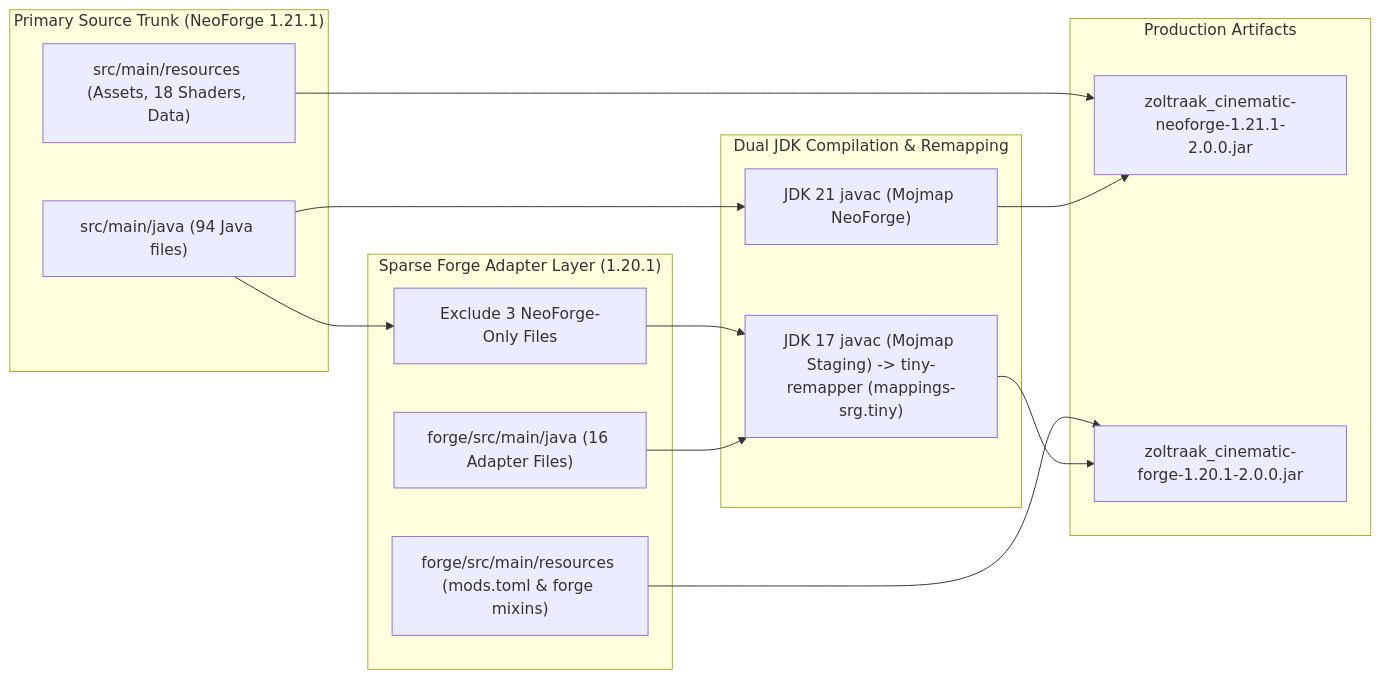
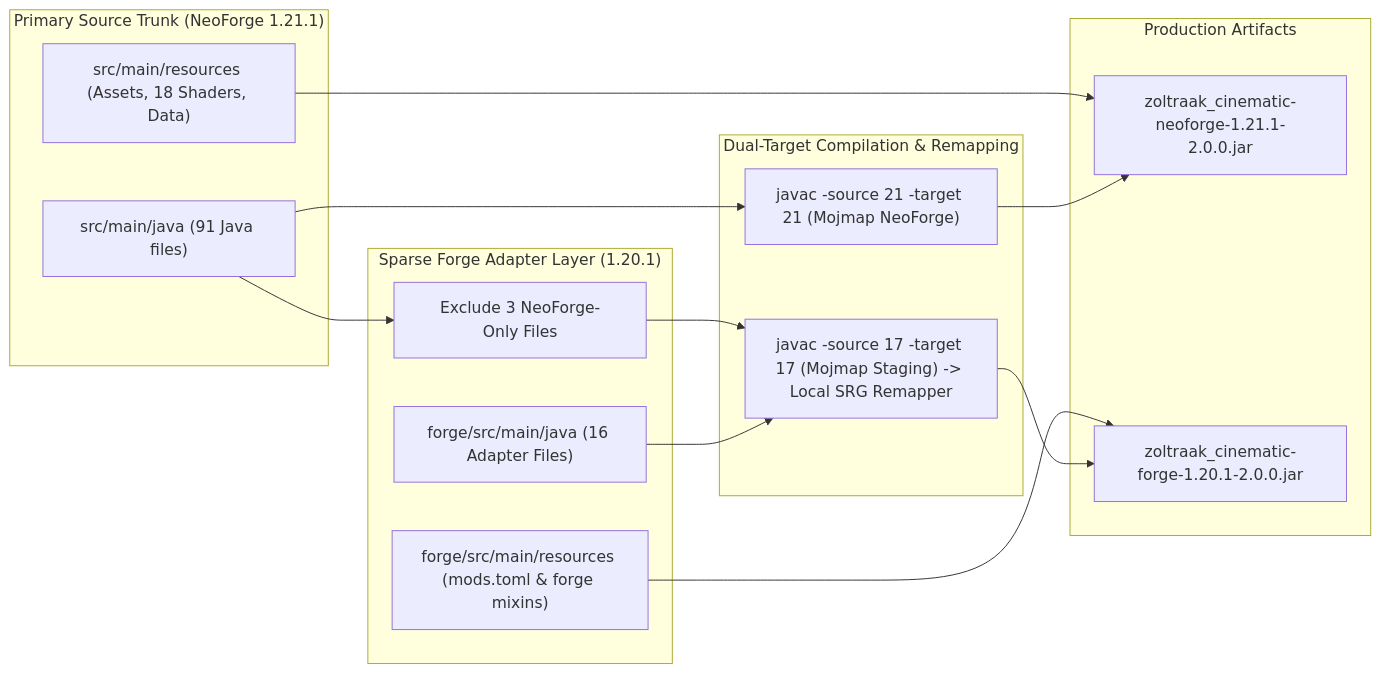
One commit to ling-gwdgw2/Frieren-Flight changed the second of 3 diagrams in ARCHITECTURE.md. Above: the diagram before and after it, drawn with Mermaid. The commit also changed other lines of this file and 1 other file, not shown here.

Commit message:
Docs: clarify third-party scope in LICENSE and update ARCHITECTURE.md

````diff
--- a/ARCHITECTURE.md
+++ b/ARCHITECTURE.md
@@ -108,33 +108,33 @@
 ```mermaid
 flowchart LR
     subgraph Trunk ["Primary Source Trunk (NeoForge 1.21.1)"]
-        NF_Src["src/main/java (94 Java files)"]
+        NF_Src["src/main/java (91 Java files)"]
         NF_Res["src/main/resources (Assets, 18 Shaders, Data)"]
     end
 
     subgraph Forge_Overlay ["Sparse Forge Adapter Layer (1.20.1)"]
         FG_Exclude["Exclude 3 NeoForge-Only Files"]
         FG_Src["forge/src/main/java (16 Adapter Files)"]
         FG_Res["forge/src/main/resources (mods.toml & forge mixins)"]
     end
 
-    subgraph Compilers ["Dual JDK Compilation & Remapping"]
-        JDK21["JDK 21 javac (Mojmap NeoForge)"]
-        JDK17["JDK 17 javac (Mojmap Staging) -> tiny-remapper (mappings-srg.tiny)"]
+    subgraph Compilers ["Dual-Target Compilation & Remapping"]
+        JDK21["javac -source 21 -target 21 (Mojmap NeoForge)"]
+        JDK17["javac -source 17 -target 17 (Mojmap Staging) -> Local SRG Remapper"]
     end
 
     subgraph Targets ["Production Artifacts"]
         NF_Jar["zoltraak_cinematic-neoforge-1.21.1-2.0.0.jar"]
         Forge_Jar["zoltraak_cinematic-forge-1.20.1-2.0.0.jar"]
     end
 
     NF_Src --> JDK21
     NF_Res --> NF_Jar
     JDK21 --> NF_Jar
 
     NF_Src --> FG_Exclude
     FG_Exclude --> JDK17
     FG_Src --> JDK17
     FG_Res --> Forge_Jar
     JDK17 --> Forge_Jar
 ```
````
